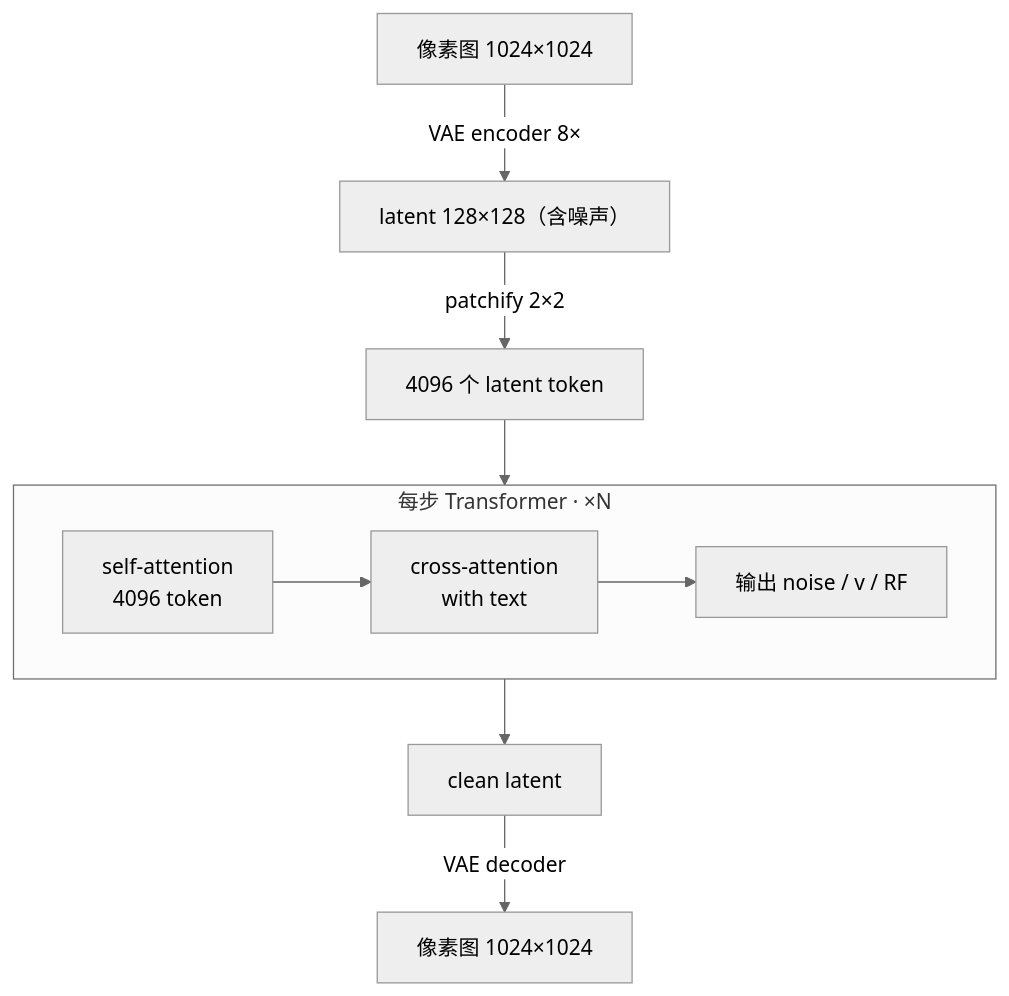
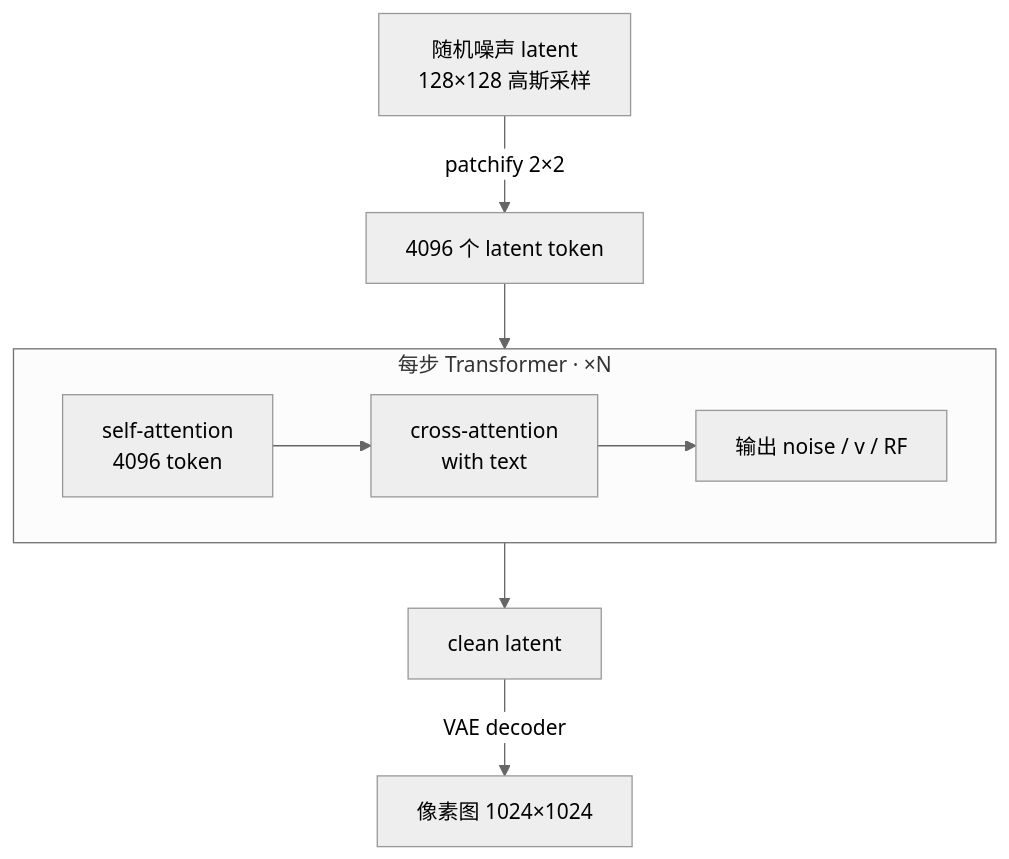
Before and after one commit to Zerokei/AI-Infra-Notes: the diagram in Wiki/DiT.md, drawn with Mermaid (neutral theme). The commit also changed other lines of this file and 23 other files, not shown here.

````diff
--- a/Wiki/DiT.md
+++ b/Wiki/DiT.md
@@ -38,18 +38,16 @@
 ```mermaid
 flowchart TD
-    Img1["像素图 1024×1024"]
-    Latent["latent 128×128（含噪声）"]
+    Noise["随机噪声 latent<br/>128×128 高斯采样"]
     Tokens["4096 个 latent token"]
     Clean["clean latent"]
-    Img2["像素图 1024×1024"]
+    Img["像素图 1024×1024"]
 
     subgraph Step["每步 Transformer · ×N"]
         direction LR
         SA["self-attention<br/>4096 token"] --> CA["cross-attention<br/>with text"] --> Pred["输出 noise / v / RF"]
     end
 
-    Img1 -->|"VAE encoder 8×"| Latent
-    Latent -->|"patchify 2×2"| Tokens
+    Noise -->|"patchify 2×2"| Tokens
     Tokens --> Step --> Clean
-    Clean -->|"VAE decoder"| Img2
+    Clean -->|"VAE decoder"| Img
 ```
````
